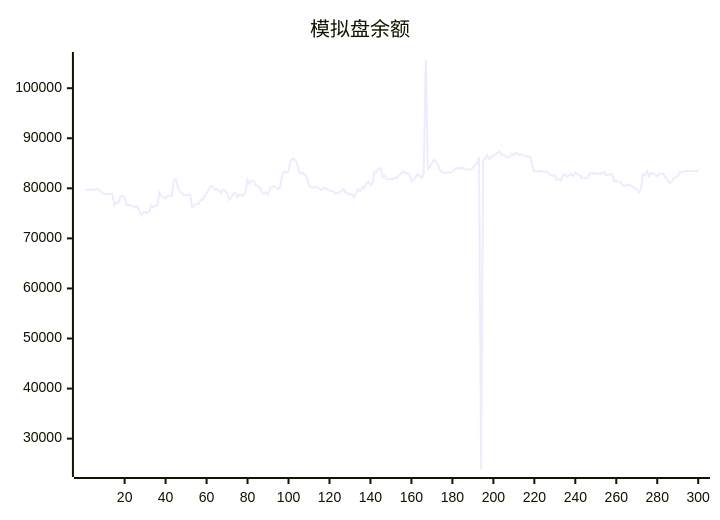
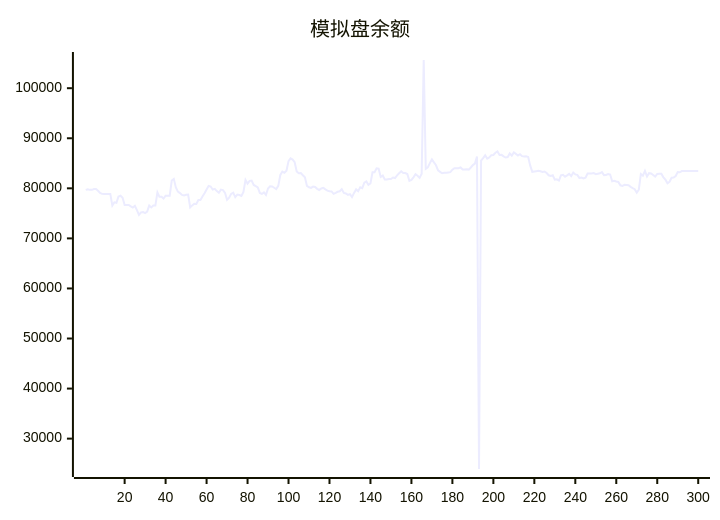
Before and after one commit to aahl/ai-trading: the diagram in README.md, drawn with Mermaid. The commit also changed other lines of this file and 1 other file, not shown here.

````diff
--- a/README.md
+++ b/README.md
@@ -5,5 +5,5 @@
 ```mermaid
 xychart
     title "模拟盘余额"
-    line [79689,79689,79819,79692,79692,79850,79850,79518,79071,78889,78850,78850,78878,78878,76554,77202,77103,78357,78510,78106,76678,76677,76672,76411,76159,76485,75656,74695,75197,75246,75052,75334,76564,76179,76553,76551,79196,78300,78300,77944,78531,78531,78521,81564,81884,80160,79335,79055,78675,78580,78708,78764,76179,76586,76902,76876,77658,77669,78346,79023,79769,80497,80366,79761,79896,79448,79126,79749,79658,79097,77695,78114,78888,79126,78249,78738,78653,78478,79271,81680,80923,81488,81527,80681,80455,80190,79084,78879,79193,78686,79954,80403,80374,80118,79848,80491,82665,83351,83098,83525,85430,85983,85737,85221,83378,83014,83043,82613,82216,80477,80208,80081,80348,80277,79894,79670,79965,80093,79786,79542,79406,79371,78893,79087,79304,79406,79841,79072,78978,78696,78846,78272,79085,79787,79442,80198,80031,81120,81379,80718,80985,83214,83212,83993,83921,82270,82547,81776,81776,81866,81866,82158,82061,82596,83000,83408,83041,83050,82858,81503,81691,82188,82812,82517,82092,82901,105633,83898,84180,85030,85781,85178,84604,83569,83298,83008,83093,83107,83175,83228,83729,84025,84017,84019,84177,83775,83762,83785,83738,84160,84639,84939,86370,23934,85548,86046,86599,85942,86161,86622,86664,87115,87369,86666,86685,86384,86152,86243,86969,86548,87164,86885,86566,86809,86427,86348,86417,86273,84538,83299,83369,83430,83490,83404,83270,83362,83056,82605,82459,82614,81734,81788,81551,82598,82702,82320,82580,82878,82426,83139,82778,82686,82056,82166,81963,82110,82951,82983,82984,83038,82838,82915,82998,83235,82642,82682,82858,82746,81396,81512,81362,81277,80600,80461,80699,80673,80616,80288,80038,79836,79142,79722,82837,82533,83480,82366,83032,82960,82654,82330,82883,82934,82901,82188,81728,81005,81298,82110,82135,82449,83264,83203,83440,83439,83440,83440,83446,83447,83448,83447]
+    line [79689,79819,79692,79692,79850,79850,79518,79071,78889,78850,78850,78878,78878,76554,77202,77103,78357,78510,78106,76678,76677,76672,76411,76159,76485,75656,74695,75197,75246,75052,75334,76564,76179,76553,76551,79196,78300,78300,77944,78531,78531,78521,81564,81884,80160,79335,79055,78675,78580,78708,78764,76179,76586,76902,76876,77658,77669,78346,79023,79769,80497,80366,79761,79896,79448,79126,79749,79658,79097,77695,78114,78888,79126,78249,78738,78653,78478,79271,81680,80923,81488,81527,80681,80455,80190,79084,78879,79193,78686,79954,80403,80374,80118,79848,80491,82665,83351,83098,83525,85430,85983,85737,85221,83378,83014,83043,82613,82216,80477,80208,80081,80348,80277,79894,79670,79965,80093,79786,79542,79406,79371,78893,79087,79304,79406,79841,79072,78978,78696,78846,78272,79085,79787,79442,80198,80031,81120,81379,80718,80985,83214,83212,83993,83921,82270,82547,81776,81776,81866,81866,82158,82061,82596,83000,83408,83041,83050,82858,81503,81691,82188,82812,82517,82092,82901,105633,83898,84180,85030,85781,85178,84604,83569,83298,83008,83093,83107,83175,83228,83729,84025,84017,84019,84177,83775,83762,83785,83738,84160,84639,84939,86370,23934,85548,86046,86599,85942,86161,86622,86664,87115,87369,86666,86685,86384,86152,86243,86969,86548,87164,86885,86566,86809,86427,86348,86417,86273,84538,83299,83369,83430,83490,83404,83270,83362,83056,82605,82459,82614,81734,81788,81551,82598,82702,82320,82580,82878,82426,83139,82778,82686,82056,82166,81963,82110,82951,82983,82984,83038,82838,82915,82998,83235,82642,82682,82858,82746,81396,81512,81362,81277,80600,80461,80699,80673,80616,80288,80038,79836,79142,79722,82837,82533,83480,82366,83032,82960,82654,82330,82883,82934,82901,82188,81728,81005,81298,82110,82135,82449,83264,83203,83440,83439,83440,83440,83446,83447,83448,83447,83448]
 ```
````
